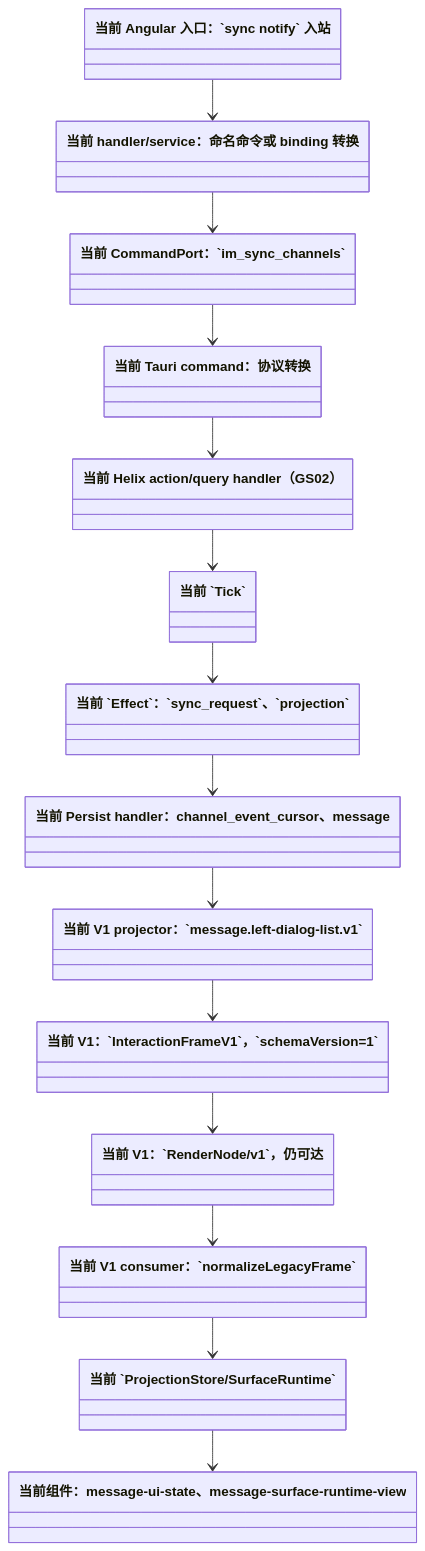
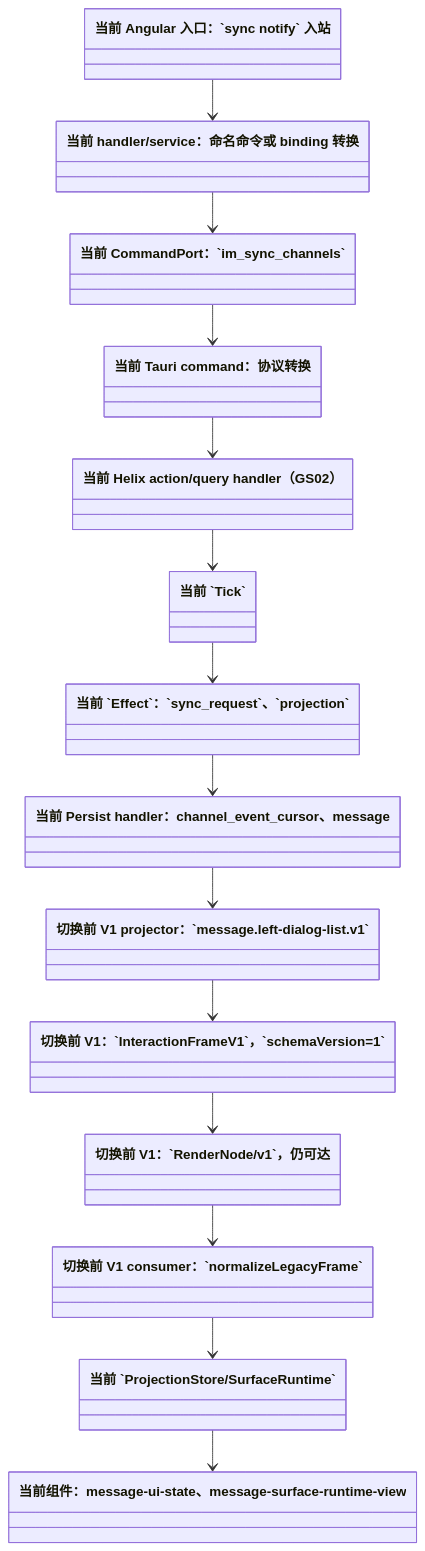
The diagram in docs/interaction-frame-v2-全量替换-按UC/GS02/01-V1当前类图.mmd (zxs1633079383/helix), drawn with Mermaid before and after one commit. The commit also changed 159 other files, not shown here.

```diff
--- a/docs/interaction-frame-v2-全量替换-按UC/GS02/01-V1当前类图.mmd
+++ b/docs/interaction-frame-v2-全量替换-按UC/GS02/01-V1当前类图.mmd
@@ -1,28 +1,29 @@
+%% 切换前历史快照：不得作为当前生产合同；当前仅 InteractionFrame/v2
 classDiagram
     class Angular入口["当前 Angular 入口：`sync notify` 入站"]
     class ShellService["当前 handler/service：命名命令或 binding 转换"]
     class CommandPort["当前 CommandPort：`im_sync_channels`"]
     class Tauri命令["当前 Tauri command：协议转换"]
     class Helix处理["当前 Helix action/query handler（GS02）"]
     class Tick["当前 `Tick`"]
     class Effect["当前 `Effect`：`sync_request`、`projection`"]
     class 持久化["当前 Persist handler：channel_event_cursor、message"]
-    class V1投影["当前 V1 projector：`message.left-dialog-list.v1`"]
-    class V1帧["当前 V1：`InteractionFrameV1`，`schemaVersion=1`"]
-    class V1节点["当前 V1：`RenderNode/v1`，仍可达"]
-    class V1解码["当前 V1 consumer：`normalizeLegacyFrame`"]
+    class V1投影["切换前 V1 projector：`message.left-dialog-list.v1`"]
+    class V1帧["切换前 V1：`InteractionFrameV1`，`schemaVersion=1`"]
+    class V1节点["切换前 V1：`RenderNode/v1`，仍可达"]
+    class V1解码["切换前 V1 consumer：`normalizeLegacyFrame`"]
     class SurfaceRuntime["当前 `ProjectionStore/SurfaceRuntime`"]
     class 组件["当前组件：message-ui-state、message-surface-runtime-view"]
     Angular入口 --> ShellService
     ShellService --> CommandPort
     CommandPort --> Tauri命令
     Tauri命令 --> Helix处理
     Helix处理 --> Tick
     Tick --> Effect
     Effect --> 持久化
     持久化 --> V1投影
     V1投影 --> V1帧
     V1帧 --> V1节点
     V1节点 --> V1解码
     V1解码 --> SurfaceRuntime
     SurfaceRuntime --> 组件
```
